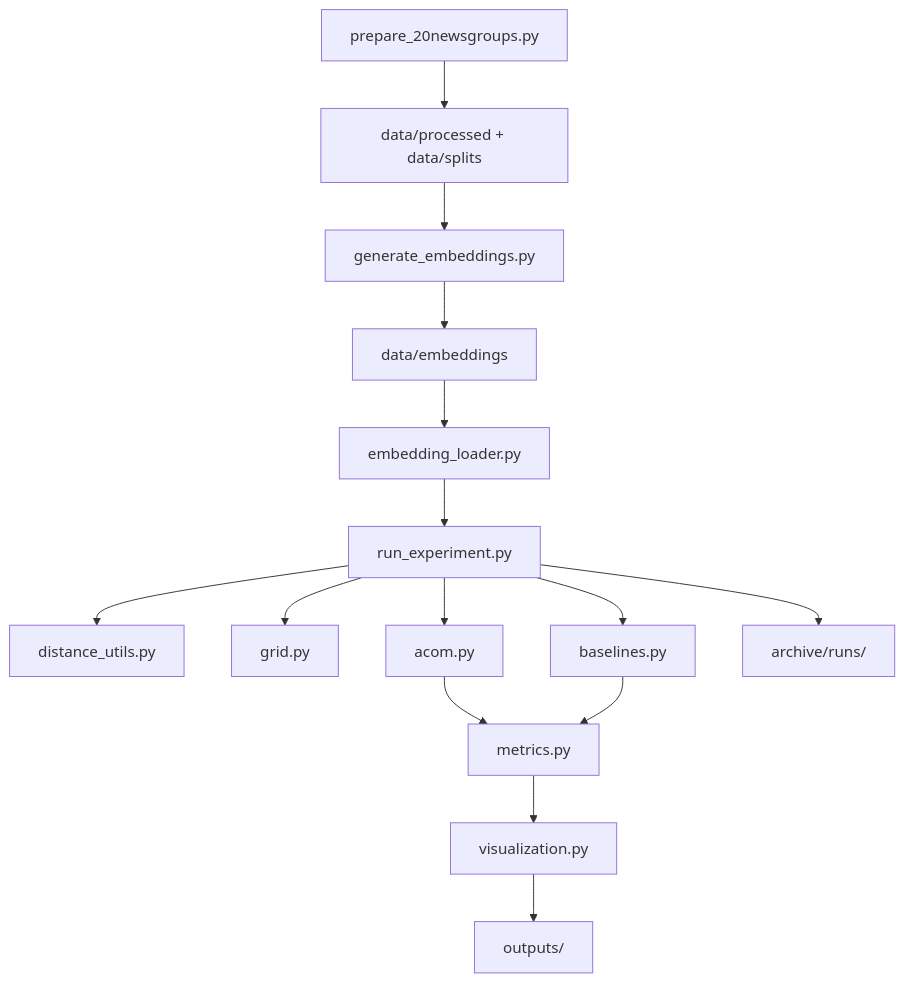
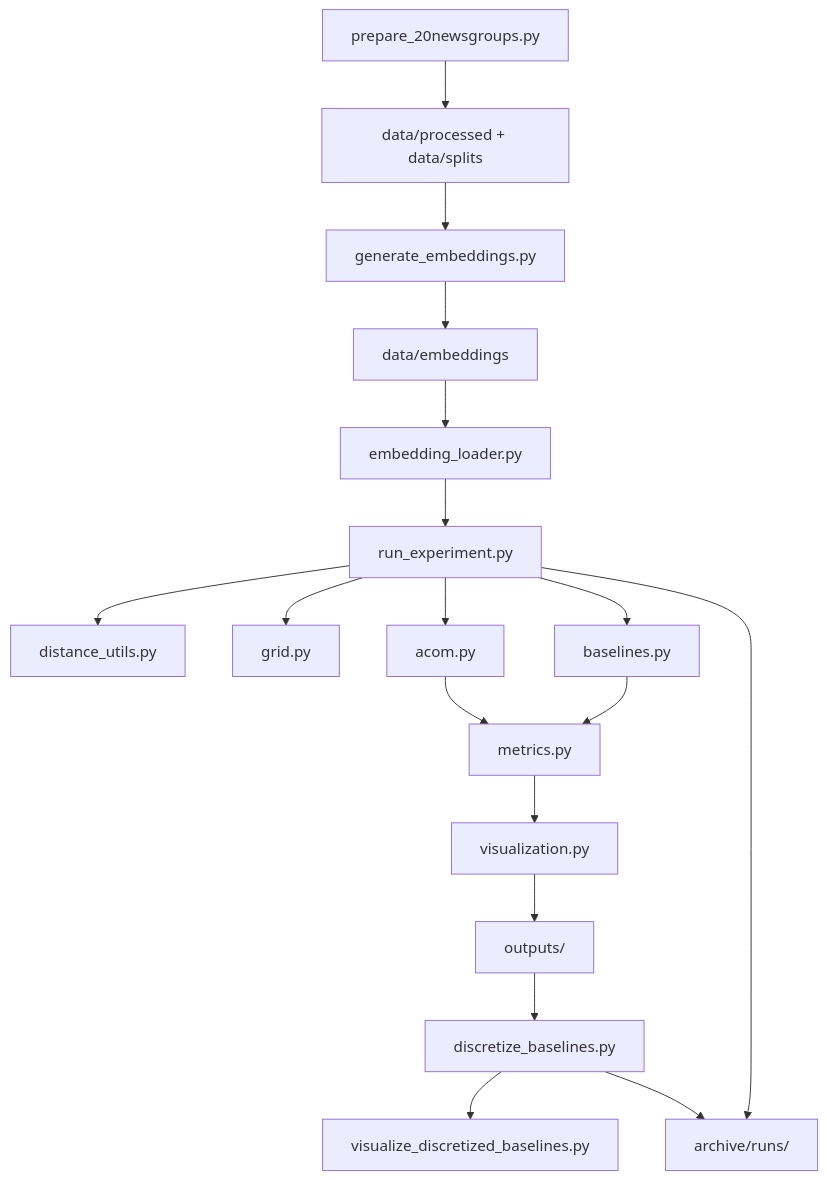
Before and after one commit to haseebraza715/llm_document_acom: the first of 2 diagrams in docs/ARCHITECTURE.md, drawn with Mermaid. The commit also changed other lines of this file and 5 other files, not shown here.

````diff
--- a/docs/ARCHITECTURE.md
+++ b/docs/ARCHITECTURE.md
@@ -58,17 +64,21 @@
 ```mermaid
 flowchart TD
     A["prepare_20newsgroups.py"] --> B["data/processed + data/splits"]
     B --> C["generate_embeddings.py"]
     C --> D["data/embeddings"]
     D --> E["embedding_loader.py"]
     E --> F["run_experiment.py"]
     F --> G["distance_utils.py"]
     F --> H["grid.py"]
     F --> I["acom.py"]
     F --> J["baselines.py"]
     I --> K["metrics.py"]
     J --> K
     K --> L["visualization.py"]
     L --> M["outputs/"]
     F --> N["archive/runs/"]
+
+    M --> O["discretize_baselines.py"]
+    O --> P["visualize_discretized_baselines.py"]
+    O --> N
 ```
````
